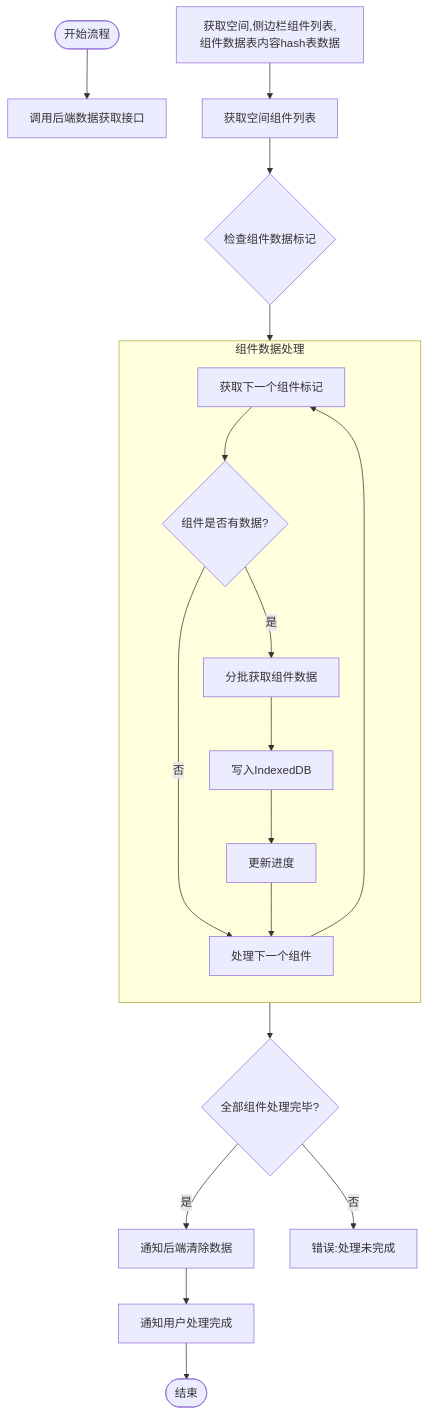
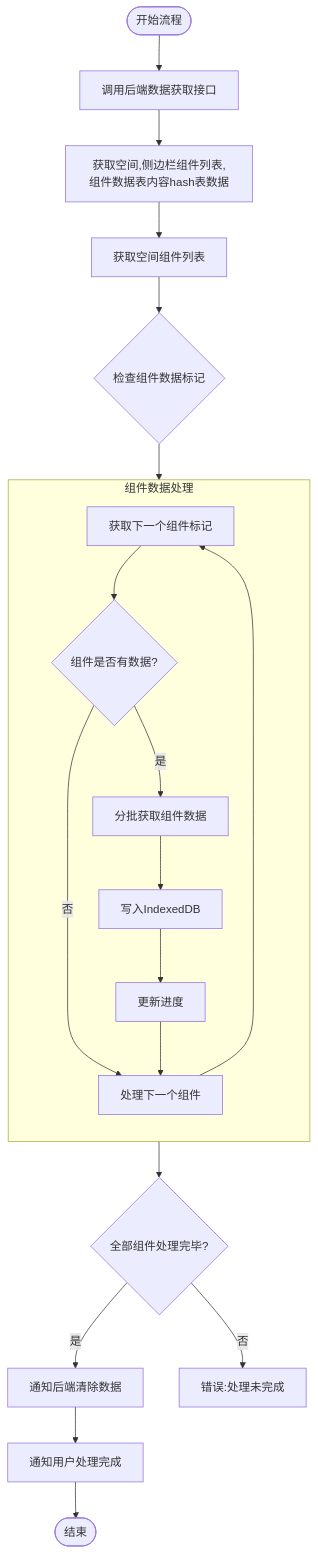
One commit to yingjianzh/iodraw-files changed the diagram in all/未命名-59.md. Above: the diagram before and after it, drawn with Mermaid.

Commit message:
2025-05-14 14:48:28 update

````diff
--- a/all/未命名-59.md
+++ b/all/未命名-59.md
@@ -1,29 +1,29 @@
 ```mermaid
 
 flowchart TD
     Start([开始流程]) --> FetchData[调用后端数据获取接口]
-    FetchSpaceData[获取空间,侧边栏组件列表,组件数据表内容hash表数据]
+    FetchData --> FetchSpaceData[获取空间,侧边栏组件列表,组件数据表内容hash表数据]
     FetchSpaceData --> FetchComponentList[获取空间组件列表]
     FetchComponentList --> CheckComponentData{检查组件数据标记}
     
     subgraph ComponentProcess [组件数据处理]
         direction TB
         A[获取下一个组件标记] --> B{组件是否有数据?}
         B -->|否| NextComponent[处理下一个组件]
         B -->|是| C[分批获取组件数据]
         C --> D[写入IndexedDB]
         D --> UpdateProgress[更新进度]
         UpdateProgress --> NextComponent
         NextComponent --> A
     end
     
     CheckComponentData --> ComponentProcess
     ComponentProcess --> AllComponentsProcessed{全部组件处理完毕?}
     
     AllComponentsProcessed -->|是| ClearServerData[通知后端清除数据]
     AllComponentsProcessed -->|否| Error3[错误:处理未完成]
     
     ClearServerData --> CompletionNotification[通知用户处理完成]
     CompletionNotification --> End([结束])
 
 ```
````
